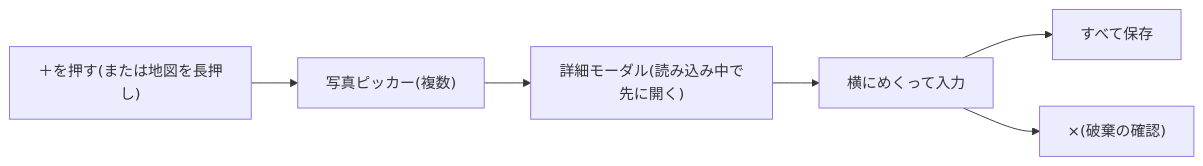
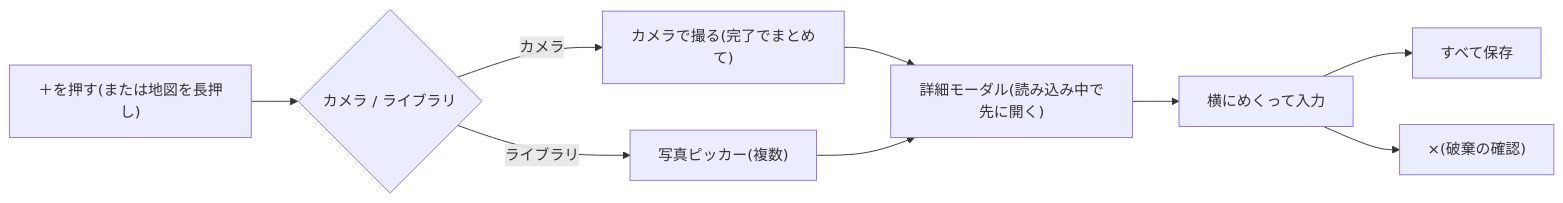
One commit to akidon0000/tabi-memo changed the diagram in docs/specs/add-photos.md. Above: the diagram before and after it, drawn with Mermaid. The commit also changed other lines of this file and 81 other files, not shown here.

````diff
--- a/docs/specs/add-photos.md
+++ b/docs/specs/add-photos.md
@@ -10,8 +10,11 @@
 ```mermaid
 flowchart LR
-    A["＋を押す(または地図を長押し)"] --> B["写真ピッカー(複数)"]
+    A["＋を押す(または地図を長押し)"] --> Q{"カメラ / ライブラリ"}
+    Q -->|ライブラリ| B["写真ピッカー(複数)"]
+    Q -->|カメラ| K["カメラで撮る(完了でまとめて)"]
+    K --> C
     B --> C["詳細モーダル(読み込み中で先に開く)"]
     C --> D["横にめくって入力"]
     D --> E["すべて保存"]
     D --> F["×(破棄の確認)"]
 ```
````
